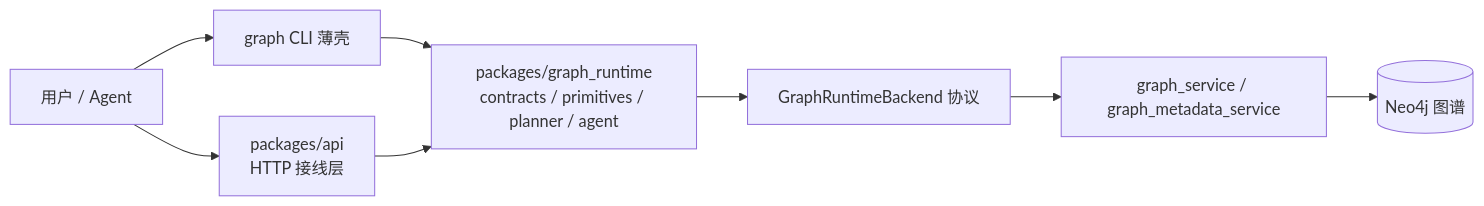
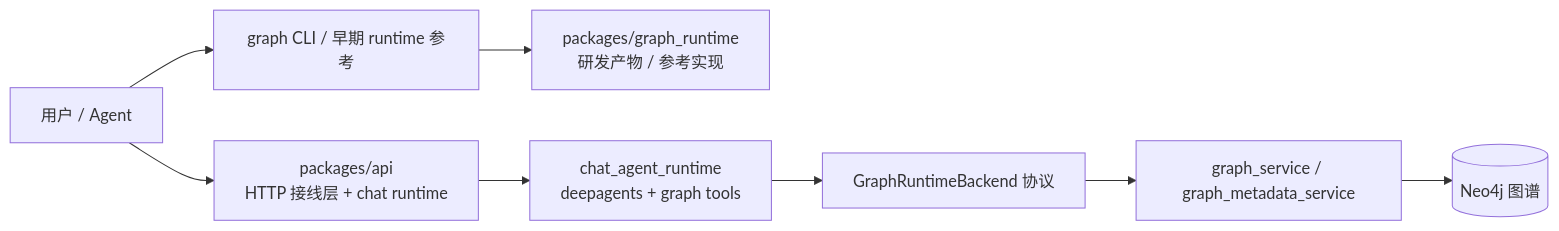
The second of 3 diagrams in docs/architecture/knowledge-model-and-ingestion.md (ticoAg/BaiCao), drawn with Mermaid before and after one commit. The commit also changed other lines of this file and 11 other files, not shown here.

````diff
--- a/docs/architecture/knowledge-model-and-ingestion.md
+++ b/docs/architecture/knowledge-model-and-ingestion.md
@@ -150,10 +150,10 @@
 ```mermaid
 flowchart LR
-    User[用户 / Agent] --> CLI[graph CLI 薄壳]
-    User --> API[packages/api<br/>HTTP 接线层]
-    CLI --> Runtime[packages/graph_runtime<br/>contracts / primitives / planner / agent]
-    API --> Runtime
+    User[用户 / Agent] --> CLI[graph CLI / 早期 runtime 参考]
+    User --> API[packages/api<br/>HTTP 接线层 + chat runtime]
+    CLI --> LegacyRuntime[packages/graph_runtime<br/>研发产物 / 参考实现]
+    API --> Runtime[chat_agent_runtime<br/>deepagents + graph tools]
     Runtime --> Backend[GraphRuntimeBackend 协议]
     Backend --> GraphService[graph_service / graph_metadata_service]
     GraphService --> Neo4j[(Neo4j 图谱)]
 ```
````
